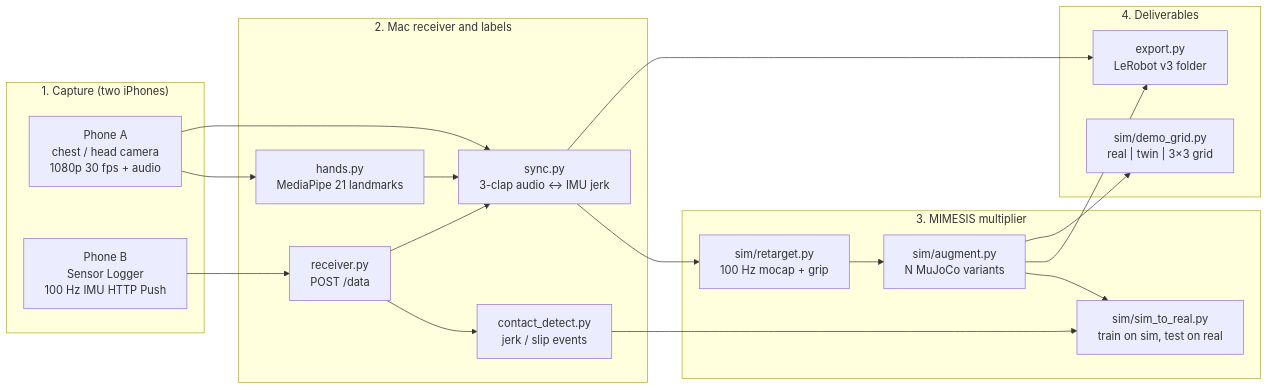
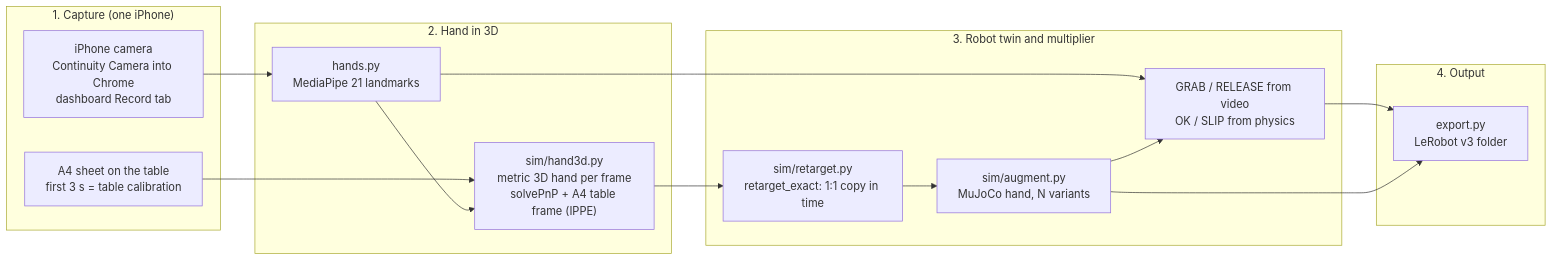
One commit to lennilehtonen/mimesis changed the diagram in README.md. Above: the diagram before and after it, drawn with Mermaid. The commit also changed other lines of this file and 2 other files, not shown here.

Commit message:
Video-to-sim: carry cup while hand closed, pick-up closure = biggest lift, lift away when hand leaves, set down upright on release; README for video-only

````diff
--- a/README.md
+++ b/README.md
@@ -25,39 +25,32 @@
 ```mermaid
 flowchart LR
-  subgraph Capture["1. Capture (two iPhones)"]
-    PA["Phone A<br/>chest / head camera<br/>1080p 30 fps + audio"]
-    PB["Phone B<br/>Sensor Logger<br/>100 Hz IMU HTTP Push"]
+  subgraph Capture["1. Capture (one iPhone)"]
+    CAM["iPhone camera<br/>Continuity Camera into Chrome<br/>dashboard Record tab"]
+    A4["A4 sheet on the table<br/>first 3 s = table calibration"]
   end
 
-  subgraph Mac["2. Mac receiver and labels"]
-    RCV["receiver.py<br/>POST /data"]
+  subgraph Vision["2. Hand in 3D"]
     HND["hands.py<br/>MediaPipe 21 landmarks"]
-    SYN["sync.py<br/>3-clap audio ↔ IMU jerk"]
-    CD["contact_detect.py<br/>jerk / slip events"]
+    H3D["sim/hand3d.py<br/>metric 3D hand per frame<br/>solvePnP + A4 table frame (IPPE)"]
   end
 
-  subgraph Sim["3. MIMESIS multiplier"]
-    RT["sim/retarget.py<br/>100 Hz mocap + grip"]
-    AUG["sim/augment.py<br/>N MuJoCo variants"]
-    S2R["sim/sim_to_real.py<br/>train on sim, test on real"]
+  subgraph Sim["3. Robot twin and multiplier"]
+    RT["sim/retarget.py<br/>retarget_exact: 1:1 copy in time"]
+    AUG["sim/augment.py<br/>MuJoCo hand, N variants"]
+    LBL["GRAB / RELEASE from video<br/>OK / SLIP from physics"]
   end
 
-  subgraph Out["4. Deliverables"]
+  subgraph Out["4. Output"]
     LR["export.py<br/>LeRobot v3 folder"]
-    DEMO["sim/demo_grid.py<br/>real | twin | 3×3 grid"]
   end
 
-  PA --> HND
-  PA --> SYN
-  PB --> RCV
-  RCV --> CD
-  RCV --> SYN
-  HND --> SYN
-  SYN --> RT
-  CD --> S2R
+  CAM --> HND
+  A4 --> H3D
+  HND --> H3D
+  H3D --> RT
   RT --> AUG
-  AUG --> S2R
+  HND --> LBL
+  AUG --> LBL
+  LBL --> LR
   AUG --> LR
-  SYN --> LR
-  AUG --> DEMO
 ```
````
